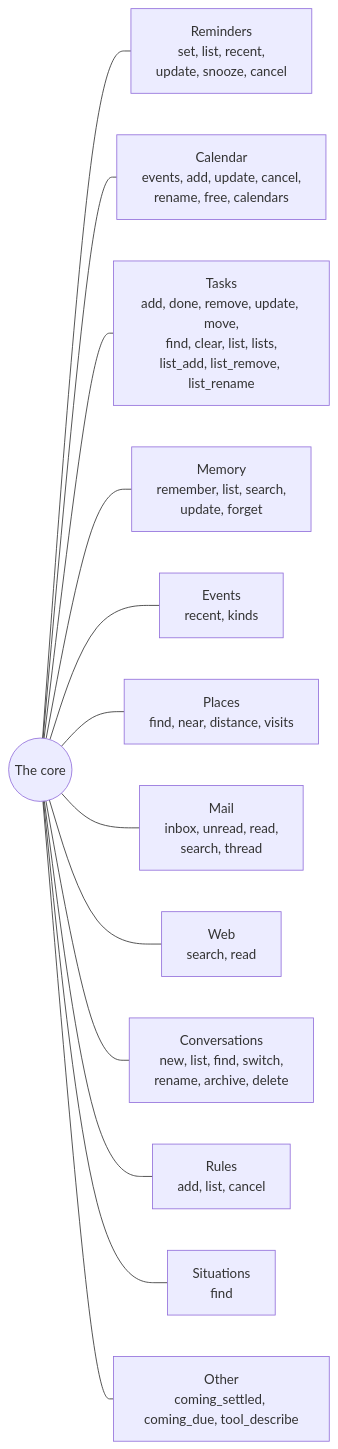
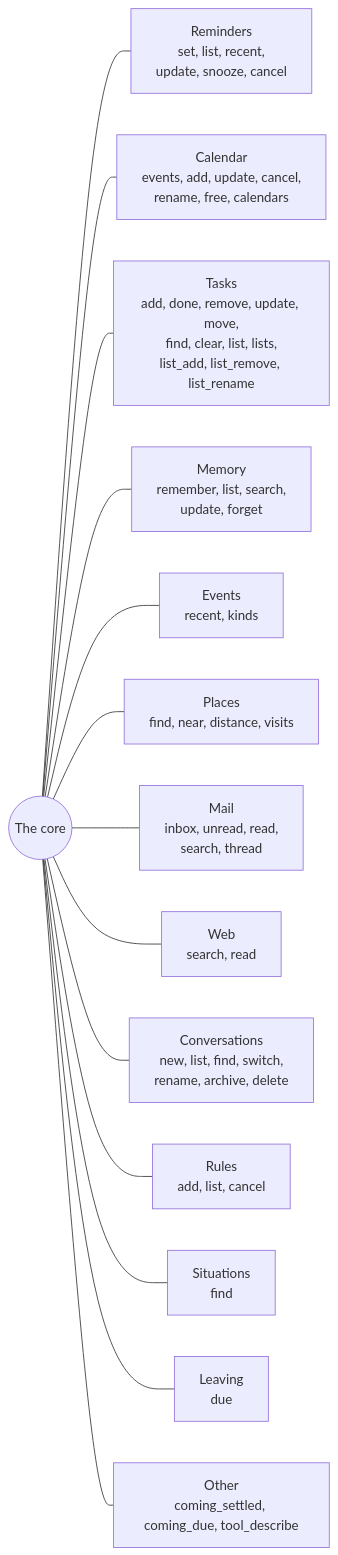
Before and after one commit to DhanushRamesh/personal-assistant: the second of 5 diagrams in FEATURES.md, drawn with Mermaid. The commit also changed other lines of this file and 3 other files, not shown here.

````diff
--- a/FEATURES.md
+++ b/FEATURES.md
@@ -63,17 +63,18 @@
 ```mermaid
 flowchart LR
     CORE(("The core"))
 
     CORE --- REM["Reminders<br/>set, list, recent,<br/>update, snooze, cancel"]
     CORE --- CAL["Calendar<br/>events, add, update, cancel,<br/>rename, free, calendars"]
     CORE --- TASK["Tasks<br/>add, done, remove, update, move,<br/>find, clear, list, lists,<br/>list_add, list_remove, list_rename"]
     CORE --- MEM["Memory<br/>remember, list, search,<br/>update, forget"]
     CORE --- EV["Events<br/>recent, kinds"]
     CORE --- PLACE["Places<br/>find, near, distance, visits"]
     CORE --- MAIL["Mail<br/>inbox, unread, read,<br/>search, thread"]
     CORE --- WEB["Web<br/>search, read"]
     CORE --- CONV["Conversations<br/>new, list, find, switch,<br/>rename, archive, delete"]
     CORE --- RULE["Rules<br/>add, list, cancel"]
     CORE --- SIT["Situations<br/>find"]
+    CORE --- LEAVE["Leaving<br/>due"]
     CORE --- MISC["Other<br/>coming_settled, coming_due, tool_describe"]
 ```
````
